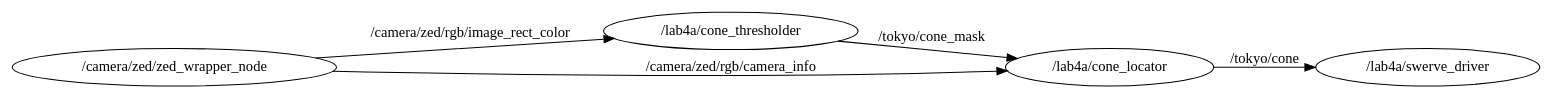
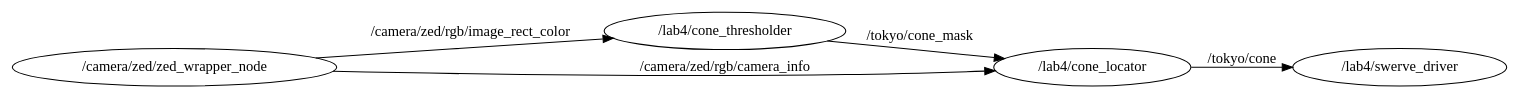
The diagram in assets/images/lab4/rosgraph.dot (mit-racecar/6.141-spring-2016-team-5-documentation), drawn with Graphviz before and after one commit. The commit also changed 1 other file, not shown here.

```diff
--- a/assets/images/lab4/rosgraph.dot
+++ b/assets/images/lab4/rosgraph.dot
@@ -1,29 +1,19 @@
-digraph graphname {
+digraph lab4 {
 	graph [
 		compound=True,
 		rank=same,
 		rankdir=LR,
 		ranksep=0.2
 	];
-	node [label="\N"];
-	zed [
-		height=0.5,
-		label="/camera/zed/zed_wrapper_node",
-		shape=ellipse];
-	cone_thresholder [
-		height=0.5,
-		label="/lab4a/cone_thresholder",
-		shape=ellipse];
-	cone_locator [
-		height=0.5,
-		label="/lab4a/cone_locator",
-		shape=ellipse];
-	swerve_driver [
-		height=0.5,
-		label="/lab4a/swerve_driver",
-		shape=ellipse];
-	zed -> cone_thresholder [label="/camera/zed/rgb/image_rect_color"];
-	zed -> cone_locator [label="/camera/zed/rgb/camera_info"];
+	node [height=0.5, shape="ellipse"];
+
+	zed              [label="/camera/zed/zed_wrapper_node"];
+	cone_thresholder [label="/lab4/cone_thresholder"];
+	cone_locator     [label="/lab4/cone_locator"];
+	swerve_driver    [label="/lab4/swerve_driver"];
+
+	zed -> cone_thresholder          [label="/camera/zed/rgb/image_rect_color"];
+	zed -> cone_locator              [label="/camera/zed/rgb/camera_info"];
 	cone_thresholder -> cone_locator [label="/tokyo/cone_mask"];
-	cone_locator -> swerve_driver [label="/tokyo/cone"];
+	cone_locator -> swerve_driver    [label="/tokyo/cone"];
 }
```
